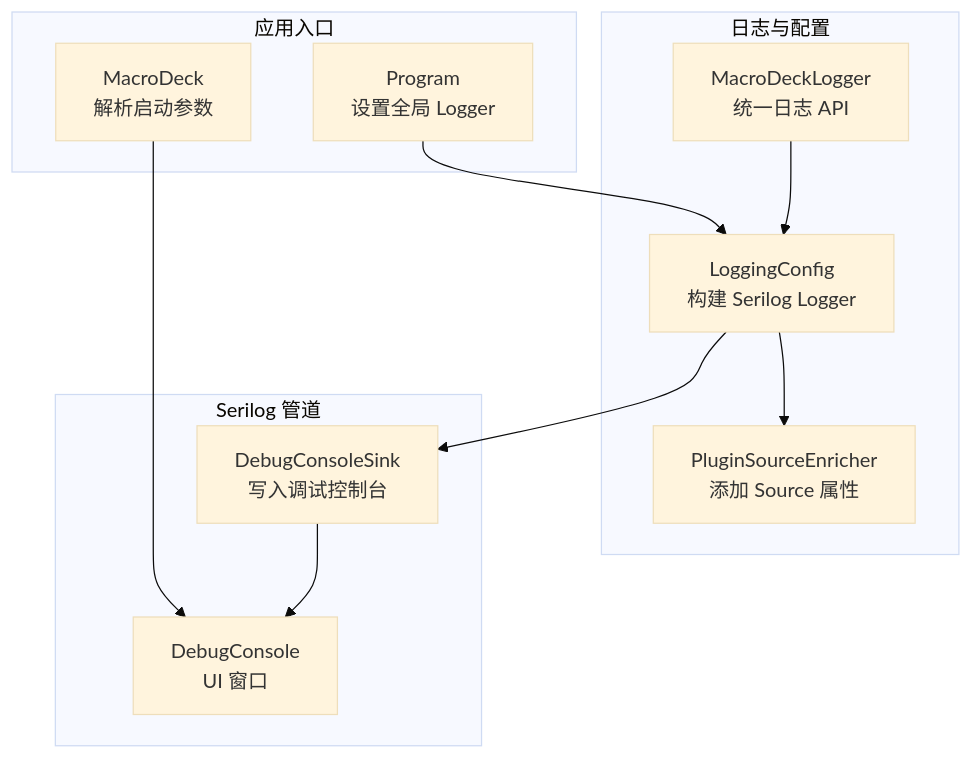
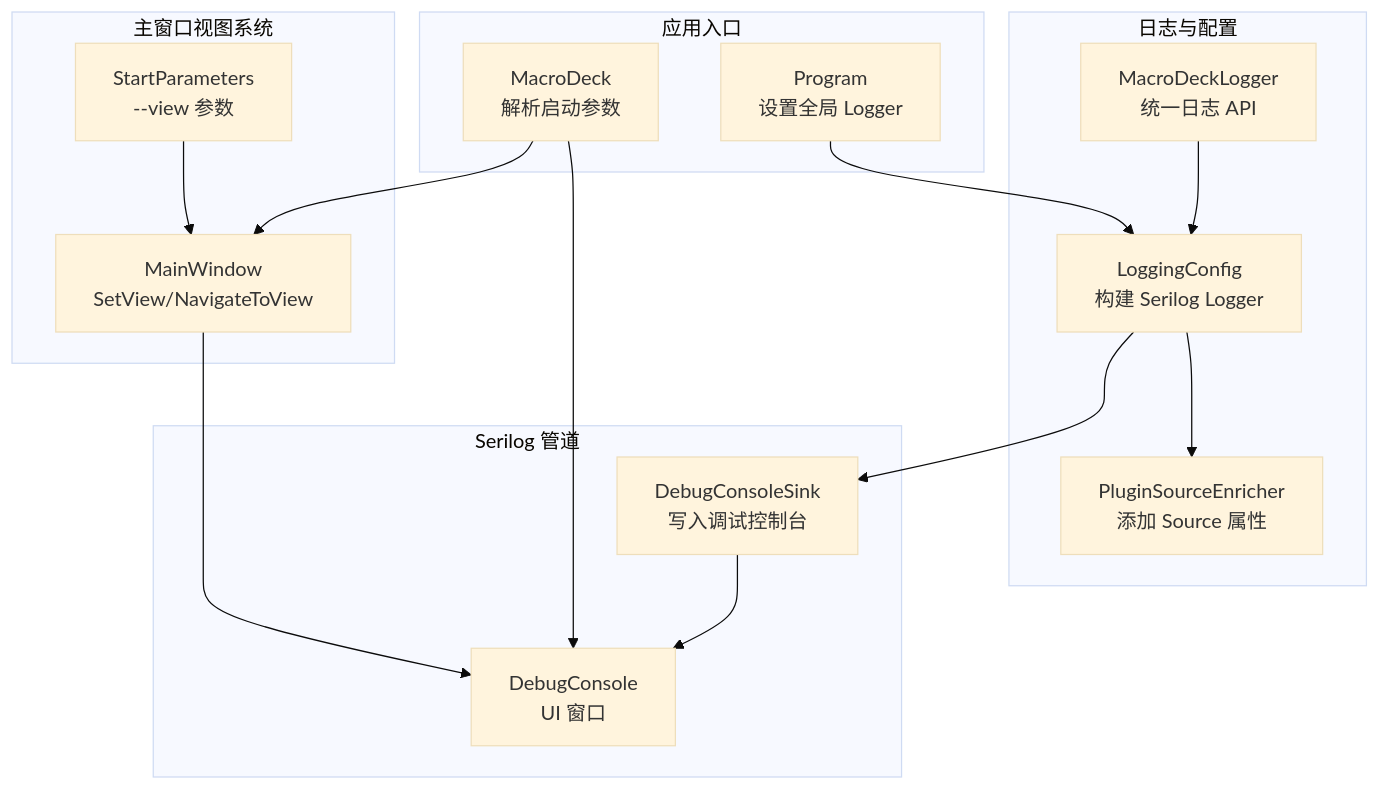
The first of 7 diagrams in .qoder/repowiki/zh/content/日志和监控/调试控制台.md (tea4go/Macro-Deck), drawn with Mermaid (base theme) before and after one commit. The commit also changed other lines of this file and 63 other files, not shown here.

````diff
--- a/.qoder/repowiki/zh/content/日志和监控/调试控制台.md
+++ b/.qoder/repowiki/zh/content/日志和监控/调试控制台.md
@@ -47,22 +58,29 @@
 ```mermaid
 graph TB
 subgraph "日志与配置"
 LC["LoggingConfig<br/>构建 Serilog Logger"]
 MLL["MacroDeckLogger<br/>统一日志 API"]
 PSE["PluginSourceEnricher<br/>添加 Source 属性"]
 end
 subgraph "Serilog 管道"
 DCSink["DebugConsoleSink<br/>写入调试控制台"]
 Console["DebugConsole<br/>UI 窗口"]
 end
 subgraph "应用入口"
 Prog["Program<br/>设置全局 Logger"]
 MD["MacroDeck<br/>解析启动参数"]
 end
+subgraph "主窗口视图系统"
+MW["MainWindow<br/>SetView/NavigateToView"]
+SV["StartParameters<br/>--view 参数"]
+end
 LC --> DCSink
 LC --> PSE
 MLL --> LC
 DCSink --> Console
 Prog --> LC
 MD --> Console
+MD --> MW
+SV --> MW
+MW --> Console
 ```
````
